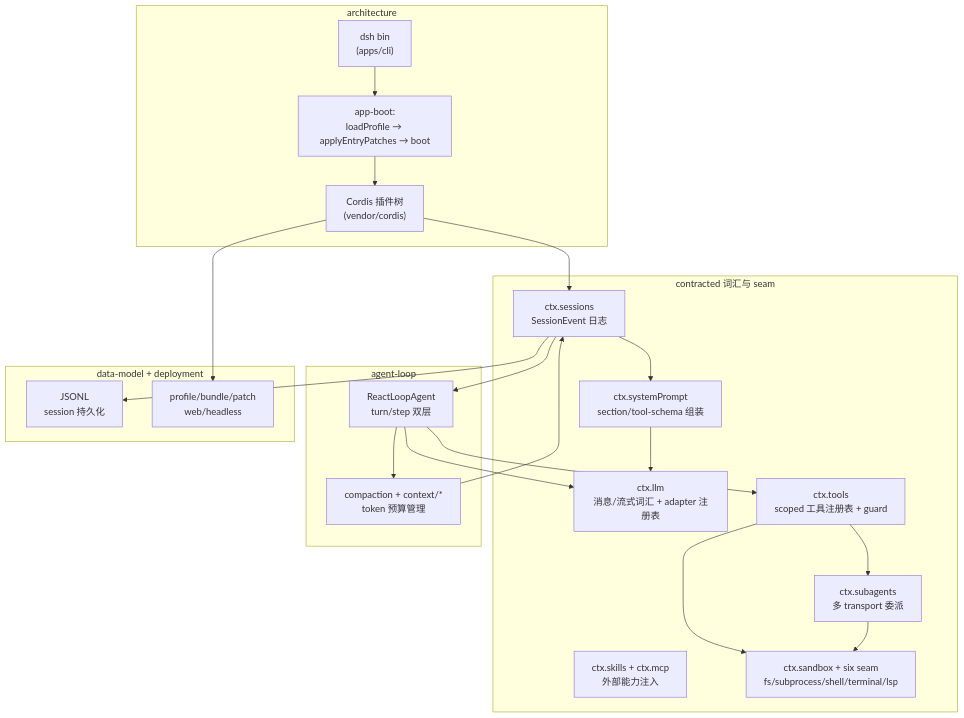
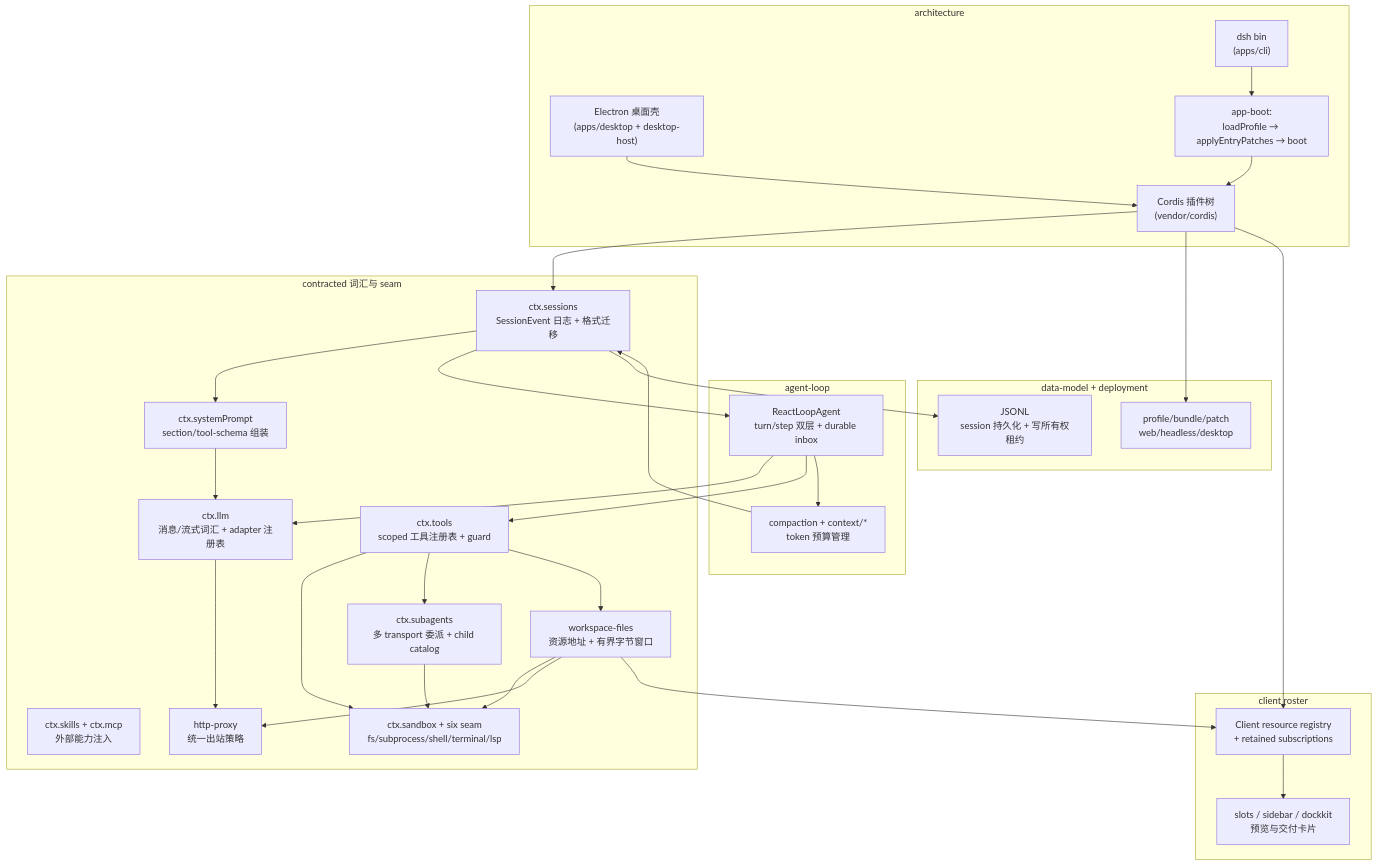
Before and after one commit to morehao/oss-insights: the diagram in ai-agent/deepseek-harness/README.md, drawn with Mermaid. The commit also changed other lines of this file and 27 other files, not shown here.

````diff
--- a/ai-agent/deepseek-harness/README.md
+++ b/ai-agent/deepseek-harness/README.md
@@ -71,40 +96,54 @@
 ```mermaid
 graph TB
     subgraph 部署与装配[architecture]
         CLI["dsh bin<br>(apps/cli)"]
+        DESK["Electron 桌面壳<br>(apps/desktop + desktop-host)"]
         BOOT["app-boot:<br>loadProfile → applyEntryPatches → boot"]
         TREE["Cordis 插件树<br>(vendor/cordis)"]
     end
     subgraph 能力面[contracted 词汇与 seam]
         LLM["ctx.llm<br>消息/流式词汇 + adapter 注册表"]
         SP["ctx.systemPrompt<br>section/tool-schema 组装"]
-        SAPI["ctx.sessions<br>SessionEvent 日志"]
+        SAPI["ctx.sessions<br>SessionEvent 日志 + 格式迁移"]
         TL["ctx.tools<br>scoped 工具注册表 + guard"]
-        SUB["ctx.subagents<br>多 transport 委派"]
+        SUB["ctx.subagents<br>多 transport 委派 + child catalog"]
         SK["ctx.skills + ctx.mcp<br>外部能力注入"]
+        WF["workspace-files<br>资源地址 + 有界字节窗口"]
+        NET["http-proxy<br>统一出站策略"]
         SAND["ctx.sandbox + six seam<br>fs/subprocess/shell/terminal/lsp"]
     end
     subgraph 驱动[agent-loop]
-        LOOP["ReactLoopAgent<br>turn/step 双层"]
+        LOOP["ReactLoopAgent<br>turn/step 双层 + durable inbox"]
         MEM["compaction + context/*<br>token 预算管理"]
     end
     subgraph 地面[data-model + deployment]
-        PERSIST["JSONL<br>session 持久化"]
-        PROFILE["profile/bundle/patch<br>web/headless"]
+        PERSIST["JSONL<br>session 持久化 + 写所有权租约"]
+        PROFILE["profile/bundle/patch<br>web/headless/desktop"]
+    end
+    subgraph 客户端[client roster]
+        CR["Client resource registry<br>+ retained subscriptions"]
+        UI["slots / sidebar / dockkit<br>预览与交付卡片"]
     end
 
     CLI --> BOOT --> TREE
+    DESK --> TREE
     TREE --> SAPI
     SAPI --> SP
     SAPI --> LOOP
     LOOP --> LLM
     LOOP --> TL
     TL --> SAND
     TL --> SUB
+    TL --> WF
     SP --> LLM
     SUB --> SAND
+    WF --> SAND
+    LLM --> NET
+    WF --> NET
     LOOP --> MEM
     MEM --> SAPI
     SAPI --> PERSIST
     TREE --> PROFILE
+    TREE --> CR --> UI
+    WF --> CR
 ```
````
